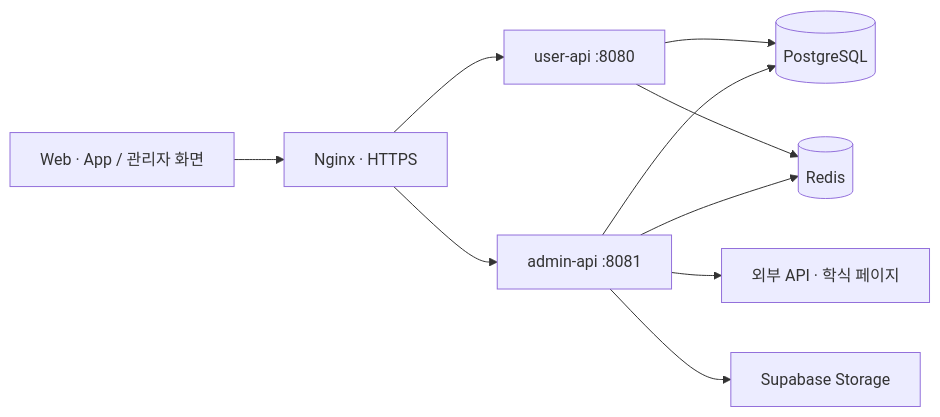
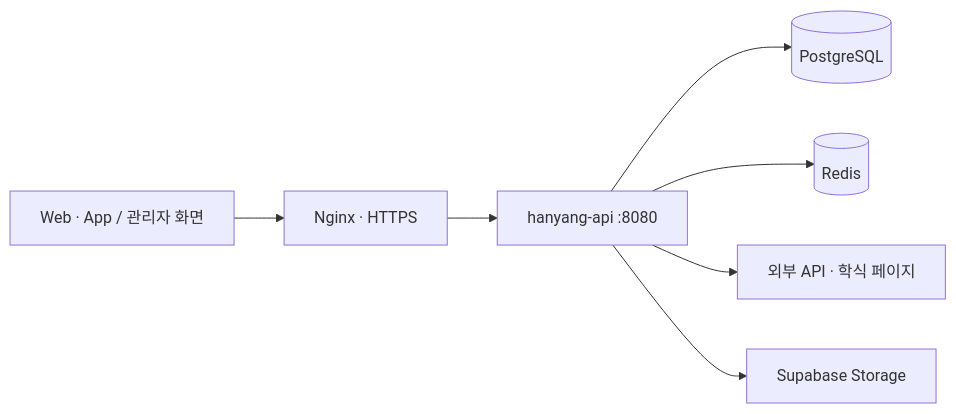
The second of 3 diagrams in README.md (Hanyangnyang/Backend), drawn with Mermaid before and after one commit. The commit also changed other lines of this file and 24 other files, not shown here.

Commit message:
feat: unify user and admin API application

````diff
--- a/README.md
+++ b/README.md
@@ -39,12 +41,9 @@
 ```mermaid
 flowchart LR
     CLIENT["Web · App / 관리자 화면"] --> N["Nginx · HTTPS"]
-    N --> U["user-api :8080"]
-    N --> A["admin-api :8081"]
-    U --> DB[(PostgreSQL)]
-    A --> DB
-    U --> R[(Redis)]
-    A --> R
-    A --> EXT["외부 API · 학식 페이지"]
-    A --> S["Supabase Storage"]
+    N --> H["hanyang-api :8080"]
+    H --> DB[(PostgreSQL)]
+    H --> R[(Redis)]
+    H --> EXT["외부 API · 학식 페이지"]
+    H --> S["Supabase Storage"]
 ```
````
